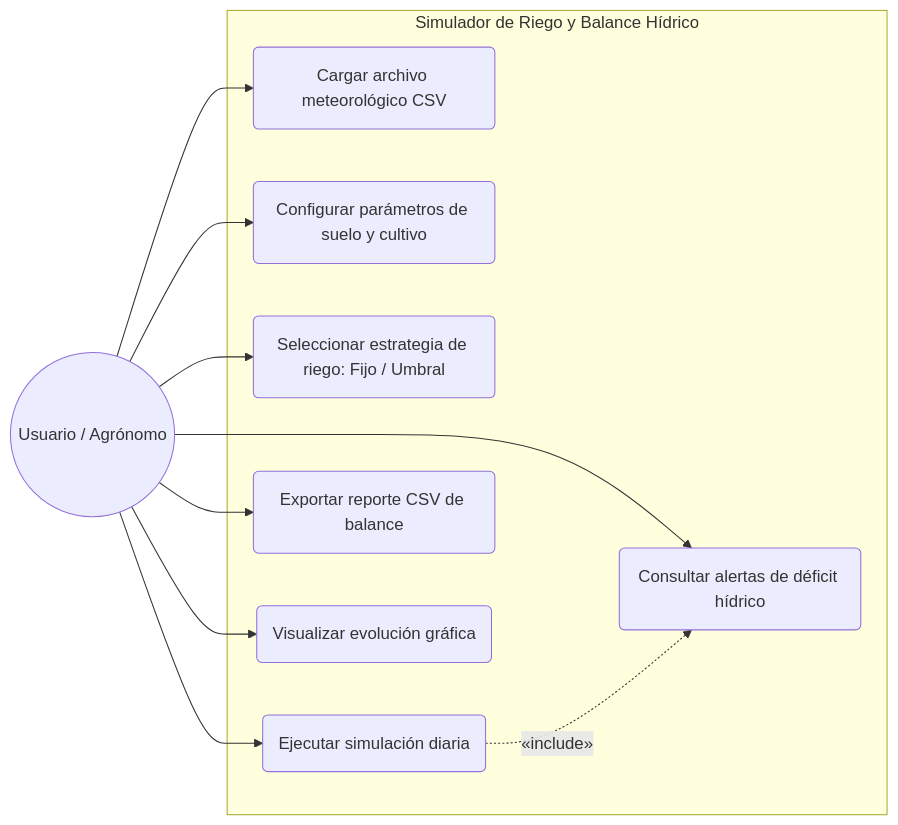
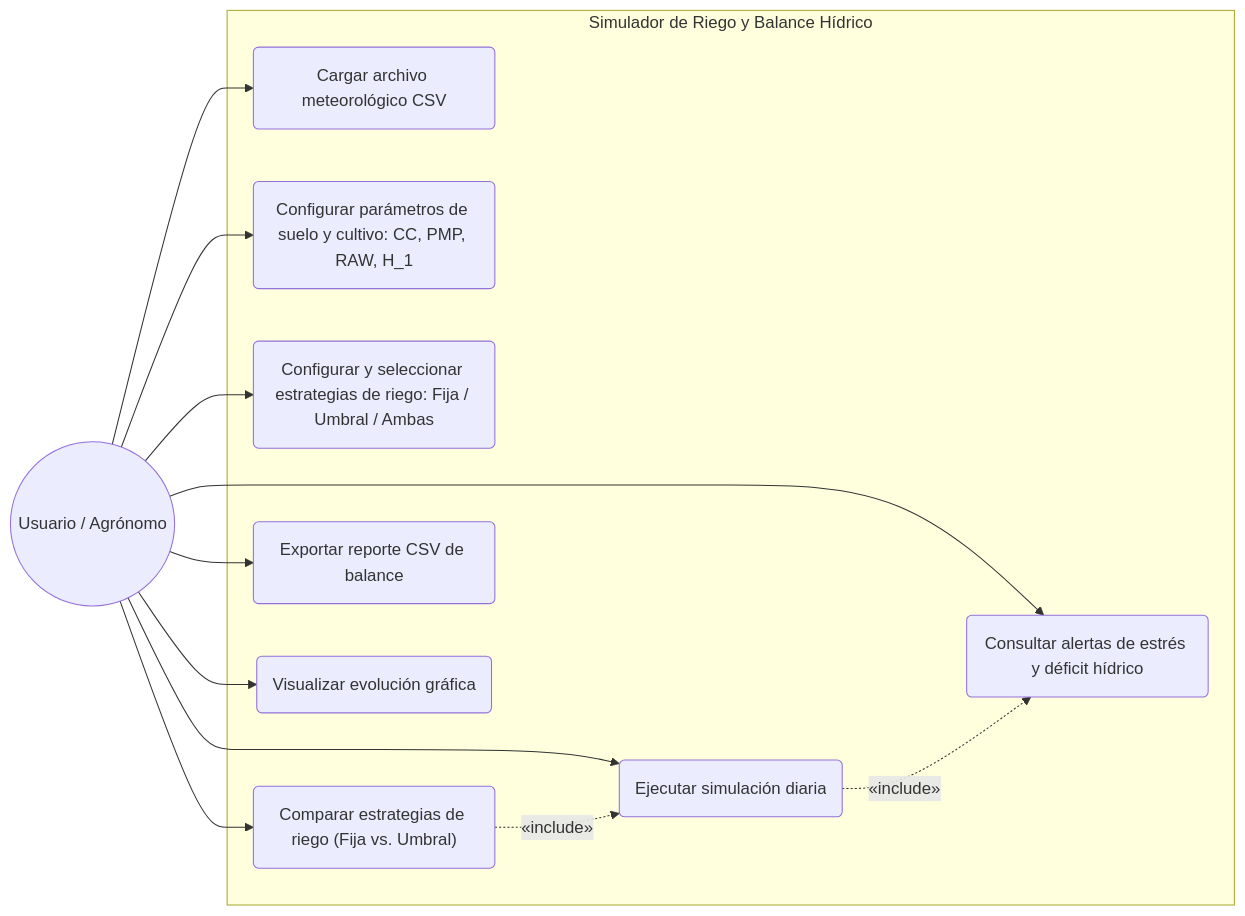
The first of 2 diagrams in Proy_LP1_2026_2/03_diagramas.md (francoherrerar-beep/-Proy_LP1_2026_2), drawn with Mermaid before and after one commit. The commit also changed other lines of this file, not shown here.

Commit message:
03_diagramas.md

````diff
--- a/Proy_LP1_2026_2/03_diagramas.md
+++ b/Proy_LP1_2026_2/03_diagramas.md
@@ -24,24 +31,27 @@
 ```mermaid
 flowchart LR
     Actor(("Usuario / Agrónomo"))
 
     subgraph Sistema["Simulador de Riego y Balance Hídrico"]
         CU1("Cargar archivo meteorológico CSV")
-        CU2("Configurar parámetros de suelo y cultivo")
-        CU3("Seleccionar estrategia de riego: Fijo / Umbral")
+        CU2("Configurar parámetros de suelo y cultivo: CC, PMP, RAW, H_1")
+        CU3("Configurar y seleccionar estrategias de riego: Fija / Umbral / Ambas")
         CU4("Ejecutar simulación diaria")
-        CU5("Consultar alertas de déficit hídrico")
-        CU6("Exportar reporte CSV de balance")
-        CU7("Visualizar evolución gráfica")
+        CU5("Comparar estrategias de riego (Fija vs. Umbral)")
+        CU6("Consultar alertas de estrés y déficit hídrico")
+        CU7("Exportar reporte CSV de balance")
+        CU8("Visualizar evolución gráfica")
     end
 
     Actor --> CU1
     Actor --> CU2
     Actor --> CU3
     Actor --> CU4
     Actor --> CU5
     Actor --> CU6
     Actor --> CU7
+    Actor --> CU8
 
-    CU4 -. "«include»" .-> CU5
+    CU4 -. "«include»" .-> CU6
+    CU5 -. "«include»" .-> CU4
 ```
````
